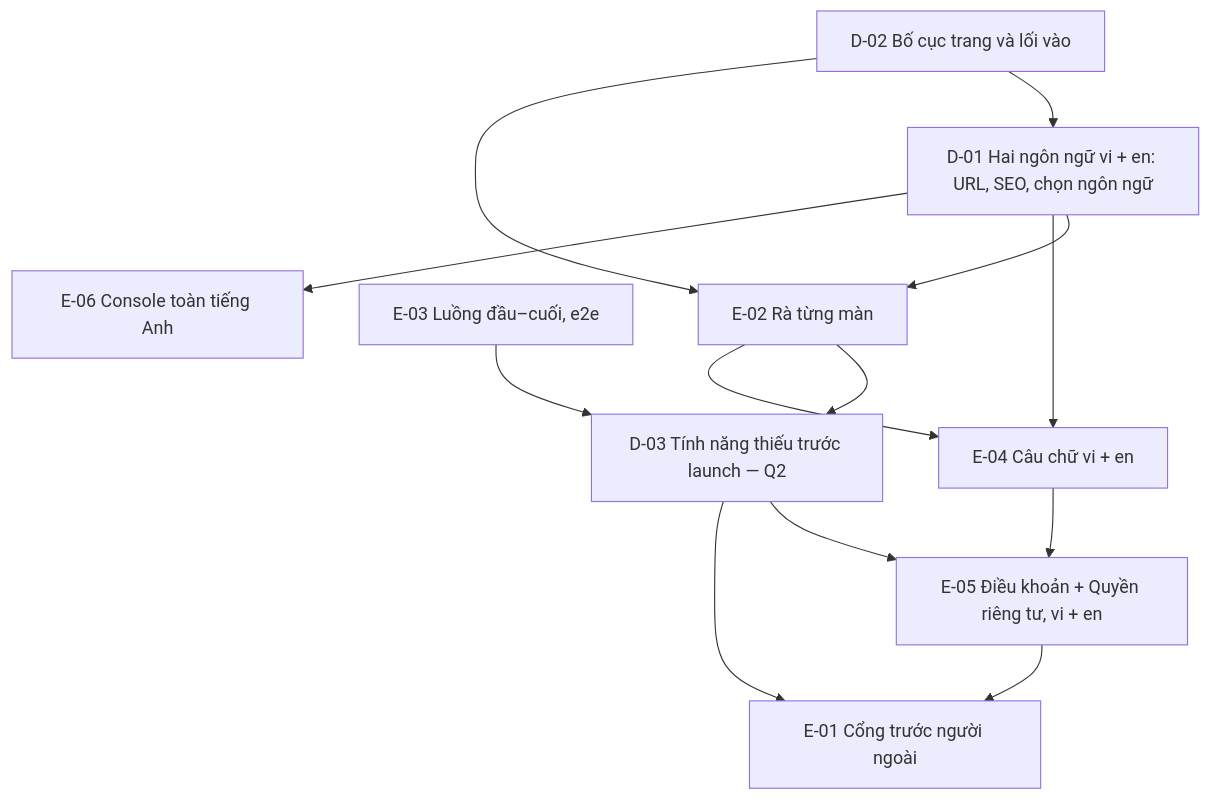
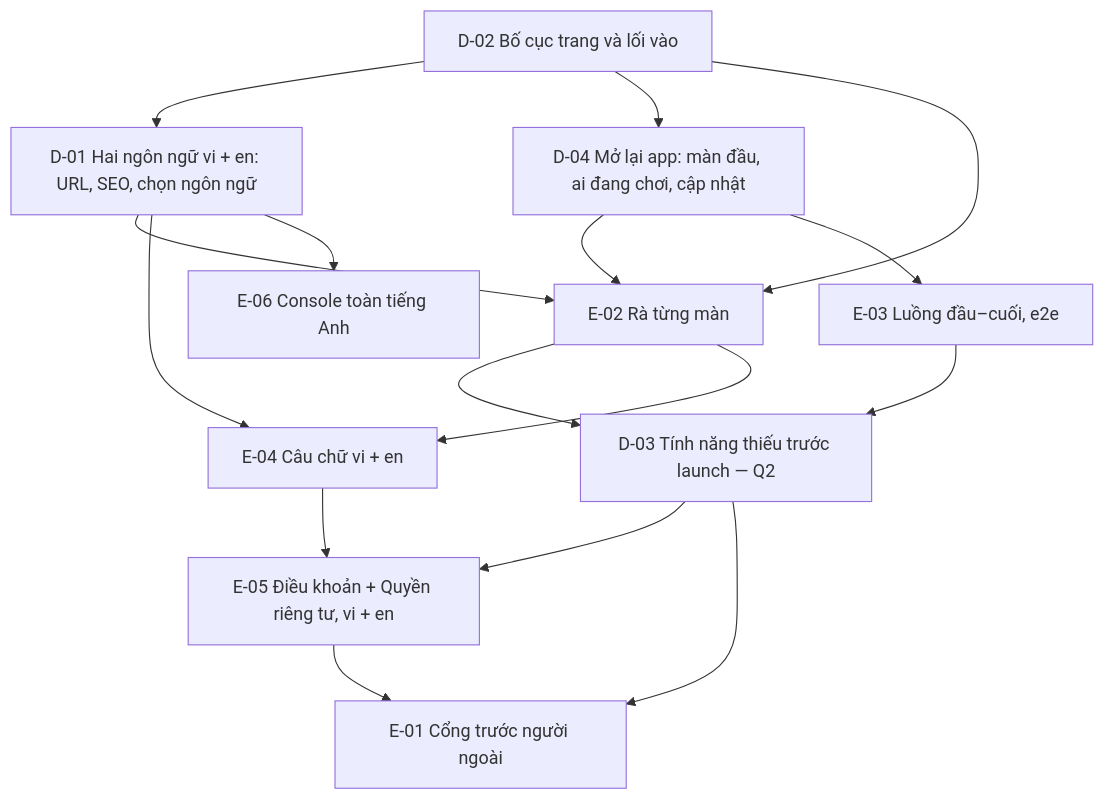
The diagram in plans/launch-review/map.md (vinh466/tohe-play), drawn with Mermaid before and after one commit. The commit also changed other lines of this file and 5 other files, not shown here.

````diff
--- a/plans/launch-review/map.md
+++ b/plans/launch-review/map.md
@@ -9,15 +9,18 @@
 ```mermaid
 flowchart TD
   D02[D-02 Bố cục trang và lối vào] --> D01[D-01 Hai ngôn ngữ vi + en: URL, SEO, chọn ngôn ngữ]
   D01 --> E02[E-02 Rà từng màn]
+  D02 --> D04[D-04 Mở lại app: màn đầu, ai đang chơi, cập nhật]
+  D04 --> E02
+  D04 --> E03
   D02 --> E02
   E02 --> D03[D-03 Tính năng thiếu trước launch — Q2]
   E03[E-03 Luồng đầu–cuối, e2e] --> D03
   D01 --> E04[E-04 Câu chữ vi + en]
   E02 --> E04
   D01 --> E06[E-06 Console toàn tiếng Anh]
   D03 --> E05[E-05 Điều khoản + Quyền riêng tư, vi + en]
   E04 --> E05
   E05 --> E01[E-01 Cổng trước người ngoài]
   D03 --> E01
 ```
````
